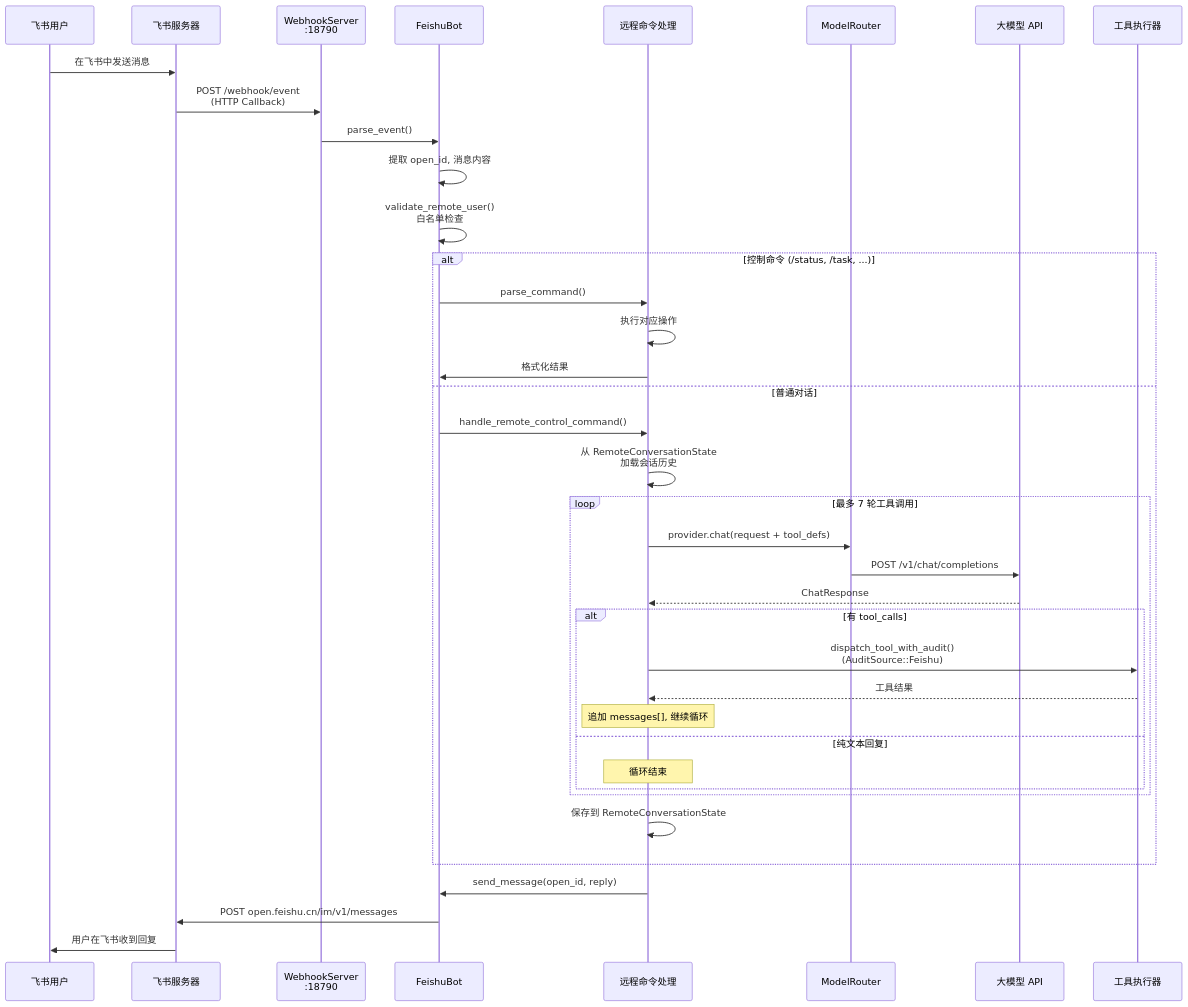
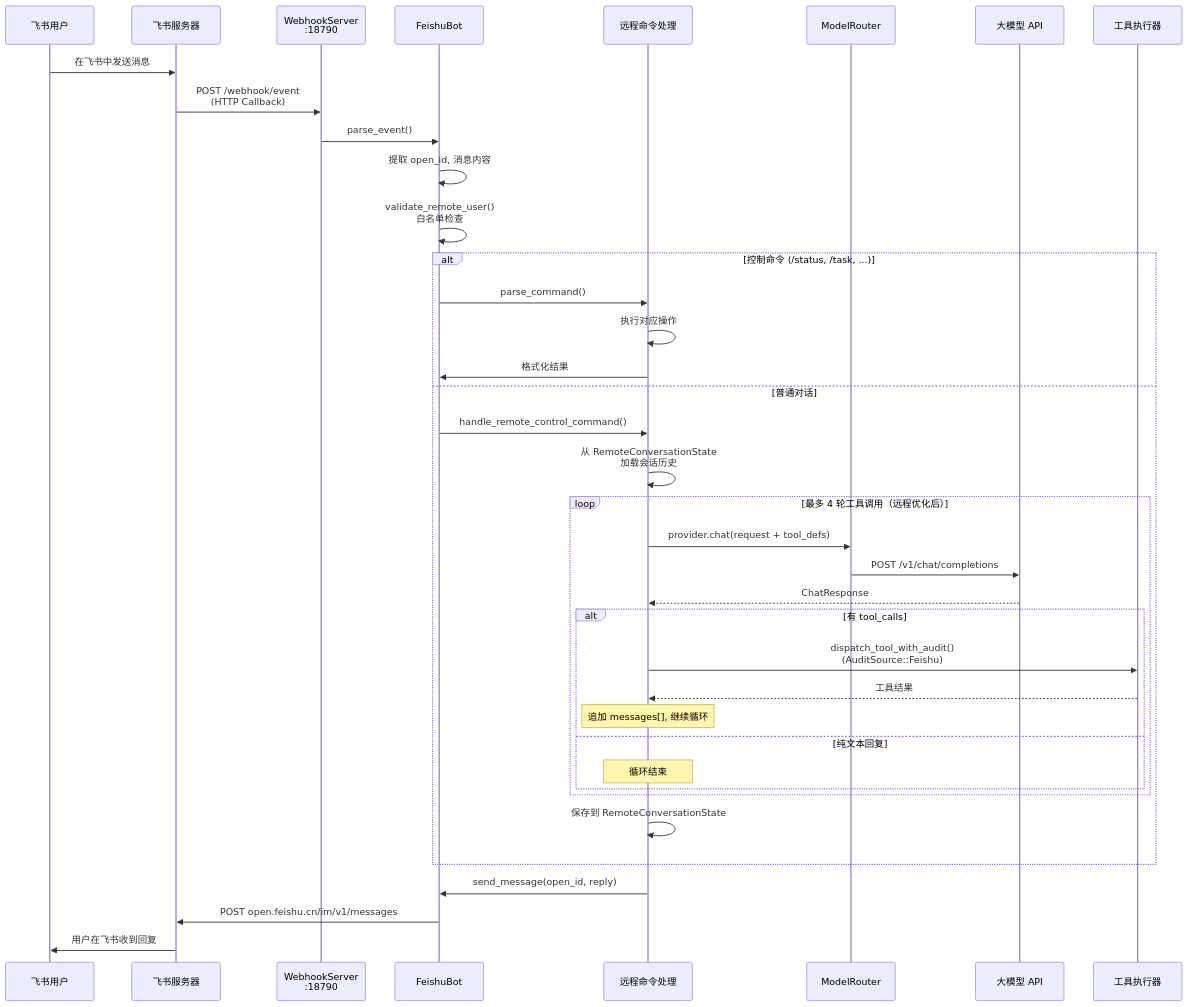
Before and after one commit to Zelexshow/auto-crab: diagram 11 of 32 in docs/architecture.md, drawn with Mermaid. The commit also changed other lines of this file and 22 other files, not shown here.

````diff
--- a/docs/architecture.md
+++ b/docs/architecture.md
@@ -533,46 +534,46 @@
 ```mermaid
 sequenceDiagram
     participant U as 飞书用户
     participant FS as 飞书服务器
     participant WH as WebhookServer<br/>:18790
     participant BOT as FeishuBot
     participant CMD as 远程命令处理
     participant MR as ModelRouter
     participant LLM as 大模型 API
     participant TOOL as 工具执行器
 
     U->>FS: 在飞书中发送消息
     FS->>WH: POST /webhook/event<br/>(HTTP Callback)
     WH->>BOT: parse_event()
     BOT->>BOT: 提取 open_id, 消息内容
     BOT->>BOT: validate_remote_user()<br/>白名单检查
 
     alt 控制命令 (/status, /task, ...)
         BOT->>CMD: parse_command()
         CMD->>CMD: 执行对应操作
         CMD->>BOT: 格式化结果
     else 普通对话
         BOT->>CMD: handle_remote_control_command()
         CMD->>CMD: 从 RemoteConversationState<br/>加载会话历史
 
-        loop 最多 7 轮工具调用
+        loop 最多 4 轮工具调用（远程优化后）
             CMD->>MR: provider.chat(request + tool_defs)
             MR->>LLM: POST /v1/chat/completions
             LLM-->>CMD: ChatResponse
 
             alt 有 tool_calls
                 CMD->>TOOL: dispatch_tool_with_audit()<br/>(AuditSource::Feishu)
                 TOOL-->>CMD: 工具结果
                 Note over CMD: 追加 messages[], 继续循环
             else 纯文本回复
                 Note over CMD: 循环结束
             end
         end
 
         CMD->>CMD: 保存到 RemoteConversationState
     end
 
     CMD->>BOT: send_message(open_id, reply)
     BOT->>FS: POST open.feishu.cn/im/v1/messages
     FS->>U: 用户在飞书收到回复
 ```
````
